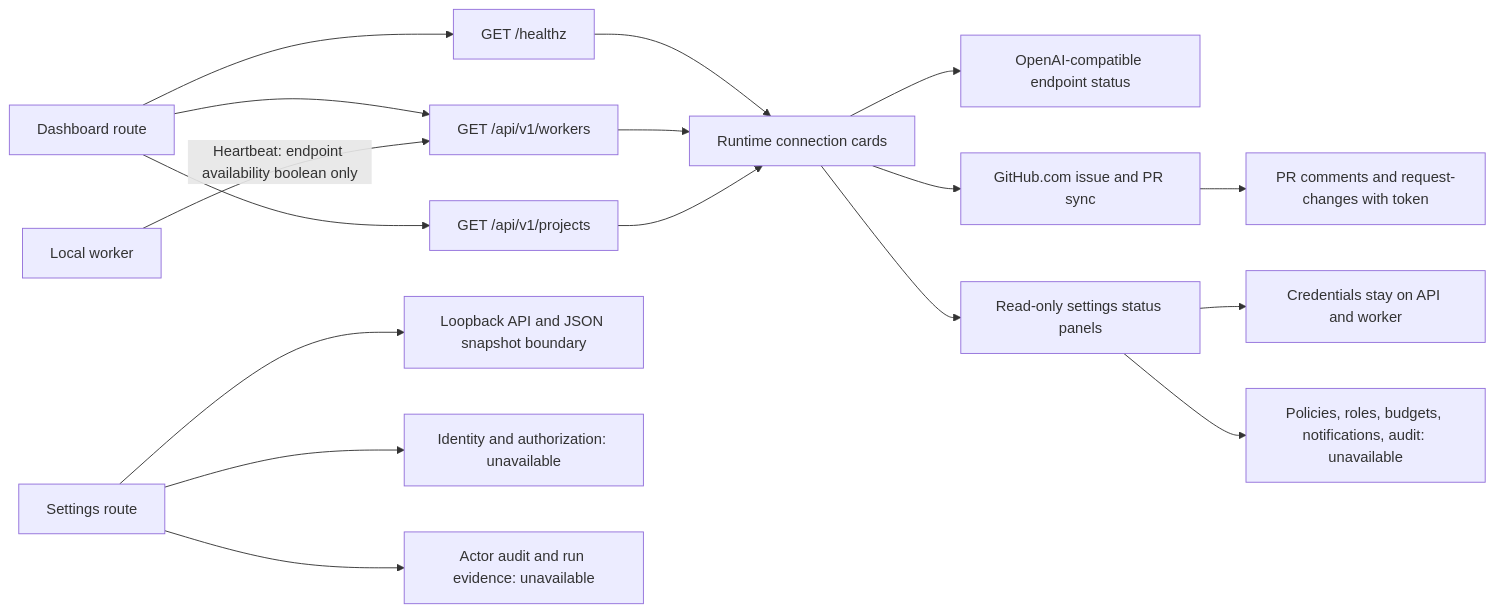
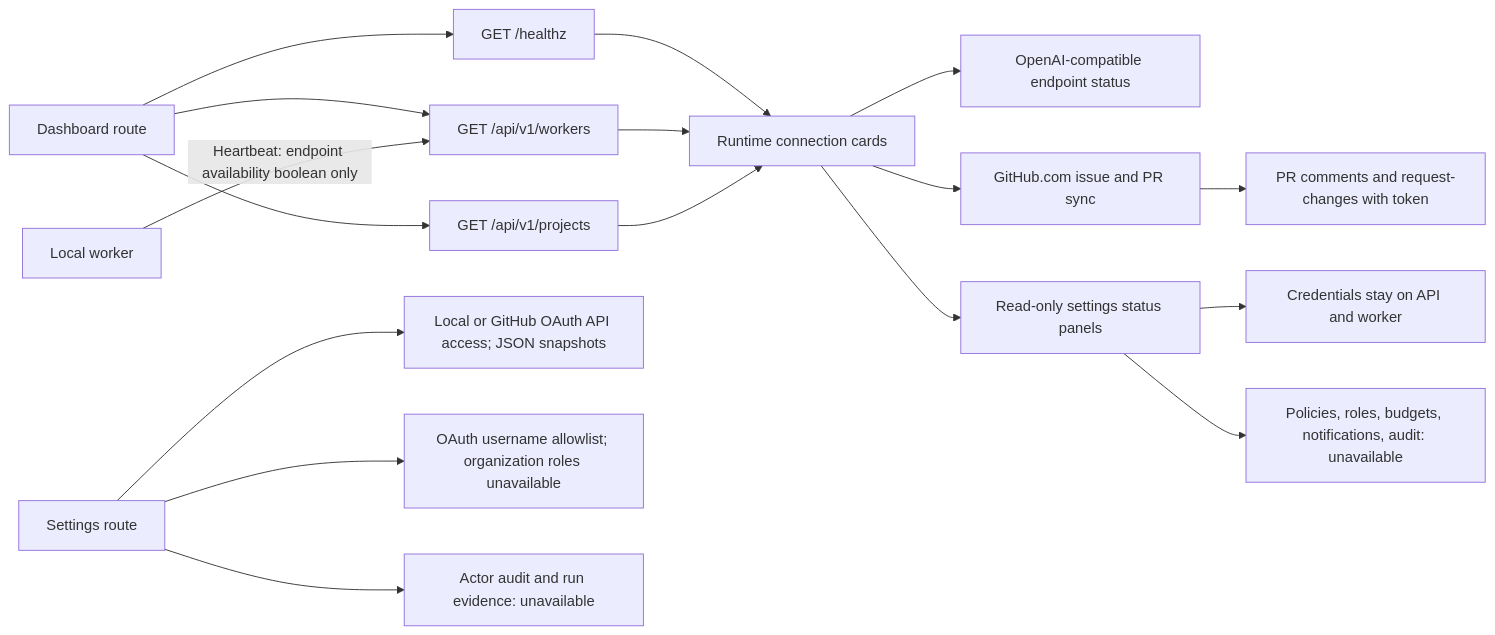
One commit to bogdaniel/zenchron-engineering-os changed the diagram in docs/features/system-settings-and-integrations.md. Above: the diagram before and after it, drawn with Mermaid. The commit also changed other lines of this file and 11 other files, not shown here.

````diff
--- a/docs/features/system-settings-and-integrations.md
+++ b/docs/features/system-settings-and-integrations.md
@@ -12,19 +12,19 @@
 ```mermaid
 flowchart LR
     Browser[Dashboard route] --> APIHealth[GET /healthz]
     Browser --> Workers[GET /api/v1/workers]
     Browser --> Projects[GET /api/v1/projects]
     Worker[Local worker] -->|Heartbeat: endpoint availability boolean only| Workers
     APIHealth --> Integrations[Runtime connection cards]
     Workers --> Integrations
     Projects --> Integrations
     Integrations --> Model[OpenAI-compatible endpoint status]
     Integrations --> GitHub[GitHub.com issue and PR sync]
     GitHub --> PRReview[PR comments and request-changes with token]
     Integrations --> Boundaries[Read-only settings status panels]
     Boundaries --> Secrets[Credentials stay on API and worker]
     Boundaries --> Missing[Policies, roles, budgets, notifications, audit: unavailable]
-    Settings[Settings route] --> Boundary[Loopback API and JSON snapshot boundary]
-    Settings --> Access[Identity and authorization: unavailable]
+    Settings[Settings route] --> Boundary[Local or GitHub OAuth API access; JSON snapshots]
+    Settings --> Access[OAuth username allowlist; organization roles unavailable]
     Settings --> Audit[Actor audit and run evidence: unavailable]
 ```
````
